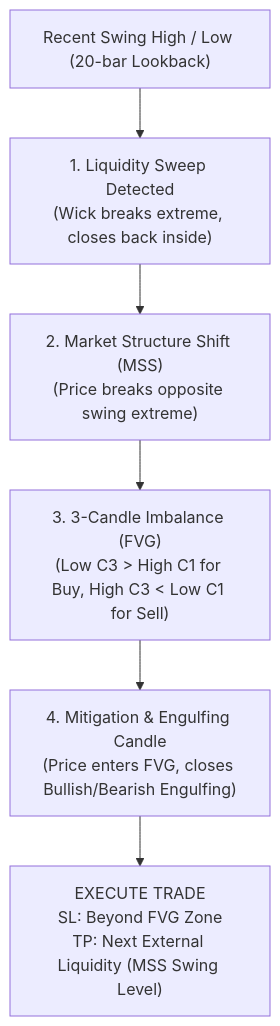
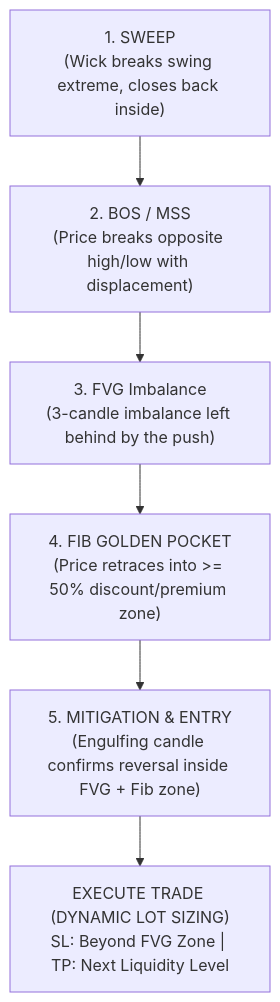
Before and after one commit to Hero-Coco/EA-s: the diagram in SMC-Liquidity FVG Bot v1.0/README.md, drawn with Mermaid. The commit also changed other lines of this file and 12 other files, not shown here.

Commit message:
feat: implement 4/4 SMC A-Grade setup with Fibonacci Golden Pocket discount and dynamic lots

````diff
--- a/SMC-Liquidity FVG Bot v1.0/README.md
+++ b/SMC-Liquidity FVG Bot v1.0/README.md
@@ -14,8 +15,8 @@
 ```mermaid
 flowchart TD
-    A["Recent Swing High / Low (20-bar Lookback)"] --> B["1. Liquidity Sweep Detected<br/>(Wick breaks extreme, closes back inside)"]
-    B --> C["2. Market Structure Shift (MSS)<br/>(Price breaks opposite swing extreme)"]
-    C --> D["3. 3-Candle Imbalance (FVG)<br/>(Low C3 > High C1 for Buy, High C3 < Low C1 for Sell)"]
-    D --> E["4. Mitigation & Engulfing Candle<br/>(Price enters FVG, closes Bullish/Bearish Engulfing)"]
-    E --> F["EXECUTE TRADE<br/>SL: Beyond FVG Zone<br/>TP: Next External Liquidity (MSS Swing Level)"]
+    A["1. SWEEP<br/>(Wick breaks swing extreme, closes back inside)"] --> B["2. BOS / MSS<br/>(Price breaks opposite high/low with displacement)"]
+    B --> C["3. FVG Imbalance<br/>(3-candle imbalance left behind by the push)"]
+    C --> D["4. FIB GOLDEN POCKET<br/>(Price retraces into >= 50% discount/premium zone)"]
+    D --> E["5. MITIGATION & ENTRY<br/>(Engulfing candle confirms reversal inside FVG + Fib zone)"]
+    E --> F["EXECUTE TRADE (DYNAMIC LOT SIZING)<br/>SL: Beyond FVG Zone | TP: Next Liquidity Level"]
 ```
````
